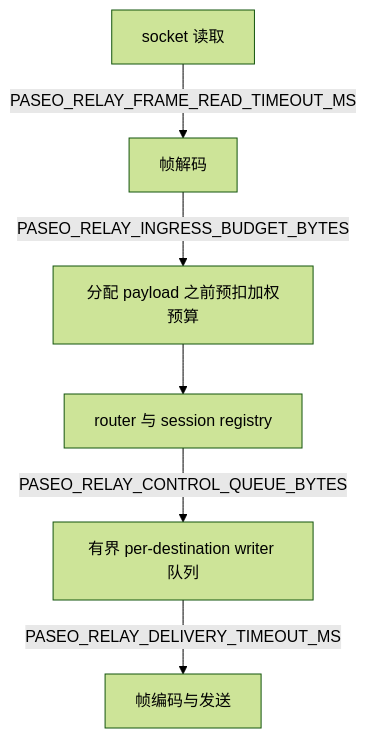
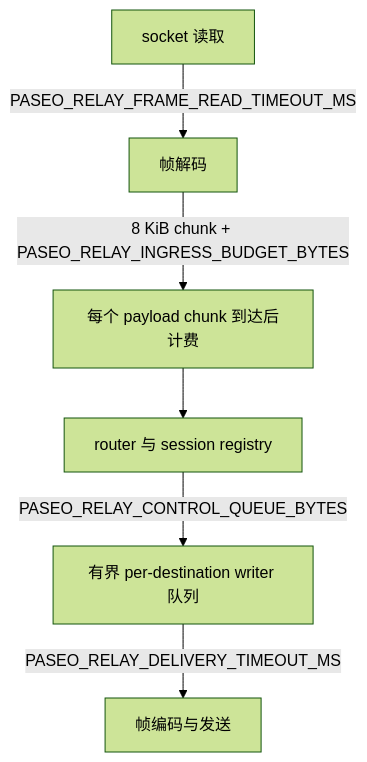
Before and after one commit to kfxhjz/paseo-relay: the diagram in docs/zh-CN/configuration.md, drawn with Mermaid (forest theme). The commit also changed other lines of this file and 33 other files, not shown here.

````diff
--- a/docs/zh-CN/configuration.md
+++ b/docs/zh-CN/configuration.md
@@ -49,8 +50,8 @@
 ```mermaid
 flowchart TD
   A["socket 读取"] -->|"PASEO_RELAY_FRAME_READ_TIMEOUT_MS"| B["帧解码"]
-  B -->|"PASEO_RELAY_INGRESS_BUDGET_BYTES"| C["分配 payload 之前预扣加权预算"]
+  B -->|"8 KiB chunk + PASEO_RELAY_INGRESS_BUDGET_BYTES"| C["每个 payload chunk 到达后计费"]
   C --> D["router 与 session registry"]
   D -->|"PASEO_RELAY_CONTROL_QUEUE_BYTES"| E["有界 per-destination writer 队列"]
   E -->|"PASEO_RELAY_DELIVERY_TIMEOUT_MS"| F["帧编码与发送"]
 ```
````
